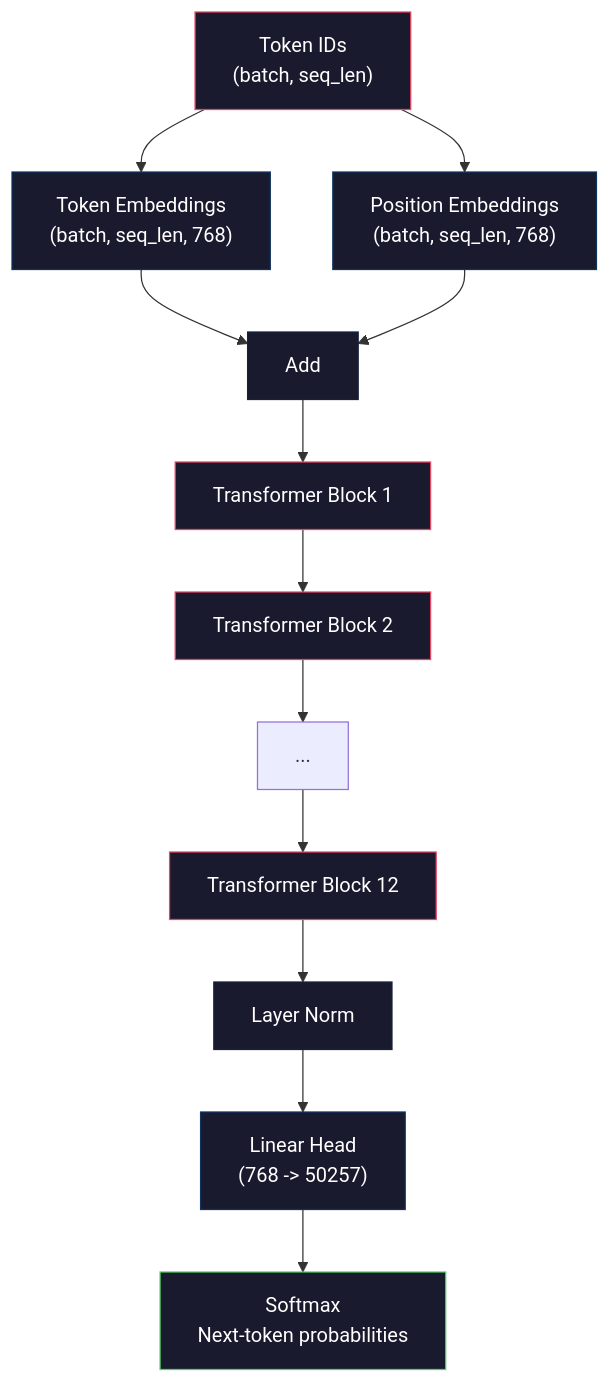
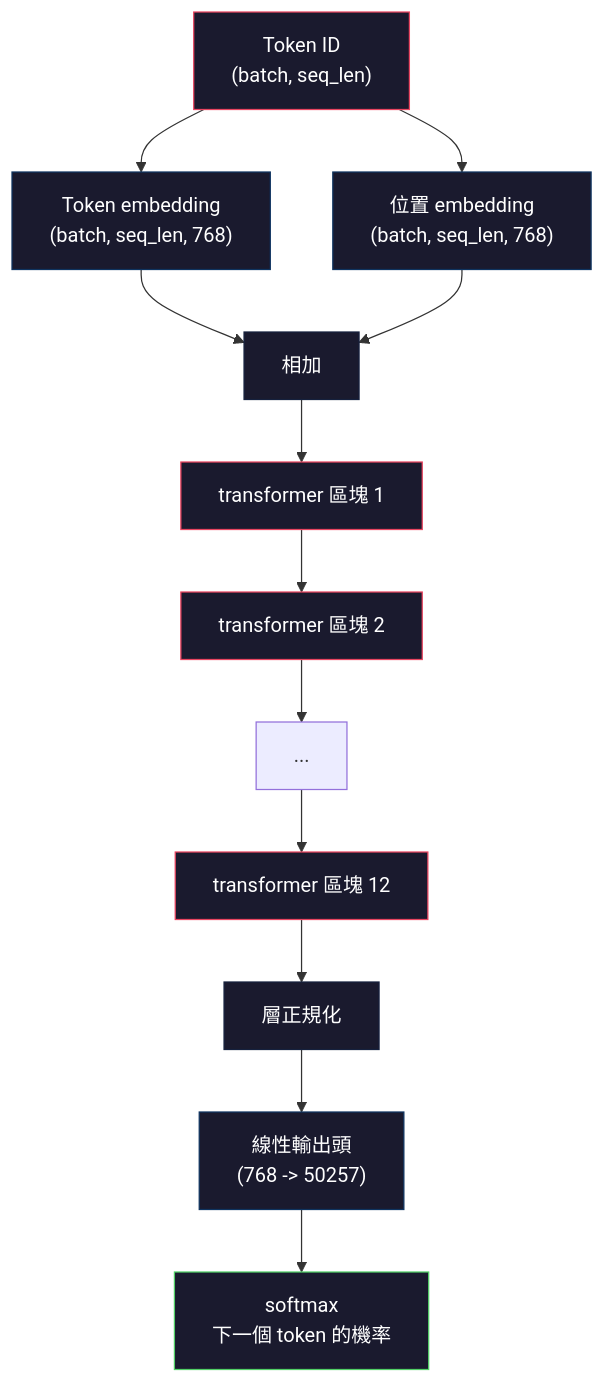
One commit to edward821220/ai-engineering-from-scratch changed the first of 3 diagrams in i18n/zh-TW/phases/10-llms-from-scratch/04-pre-training-mini-gpt/docs/zh-TW.md. Above: the diagram before and after it, drawn with Mermaid. The commit also changed other lines of this file and 123 other files, not shown here.

````diff
--- a/i18n/zh-TW/phases/10-llms-from-scratch/04-pre-training-mini-gpt/docs/zh-TW.md
+++ b/i18n/zh-TW/phases/10-llms-from-scratch/04-pre-training-mini-gpt/docs/zh-TW.md
@@ -48,25 +48,25 @@
 ```mermaid
 graph TD
-    A["Token IDs\n(batch, seq_len)"] --> B["Token Embeddings\n(batch, seq_len, 768)"]
-    A --> C["Position Embeddings\n(batch, seq_len, 768)"]
-    B --> D["Add"]
+    A["Token ID\n(batch, seq_len)"] --> B["Token embedding\n(batch, seq_len, 768)"]
+    A --> C["位置 embedding\n(batch, seq_len, 768)"]
+    B --> D["相加"]
     C --> D
-    D --> E["Transformer Block 1"]
-    E --> F["Transformer Block 2"]
+    D --> E["transformer 區塊 1"]
+    E --> F["transformer 區塊 2"]
     F --> G["..."]
-    G --> H["Transformer Block 12"]
-    H --> I["Layer Norm"]
-    I --> J["Linear Head\n(768 -> 50257)"]
-    J --> K["Softmax\nNext-token probabilities"]
+    G --> H["transformer 區塊 12"]
+    H --> I["層正規化"]
+    I --> J["線性輸出頭\n(768 -> 50257)"]
+    J --> K["softmax\n下一個 token 的機率"]
 
     style A fill:#1a1a2e,stroke:#e94560,color:#fff
     style B fill:#1a1a2e,stroke:#0f3460,color:#fff
     style C fill:#1a1a2e,stroke:#0f3460,color:#fff
     style D fill:#1a1a2e,stroke:#16213e,color:#fff
     style E fill:#1a1a2e,stroke:#e94560,color:#fff
     style F fill:#1a1a2e,stroke:#e94560,color:#fff
     style H fill:#1a1a2e,stroke:#e94560,color:#fff
     style I fill:#1a1a2e,stroke:#16213e,color:#fff
     style J fill:#1a1a2e,stroke:#0f3460,color:#fff
     style K fill:#1a1a2e,stroke:#51cf66,color:#fff
 ```
````
